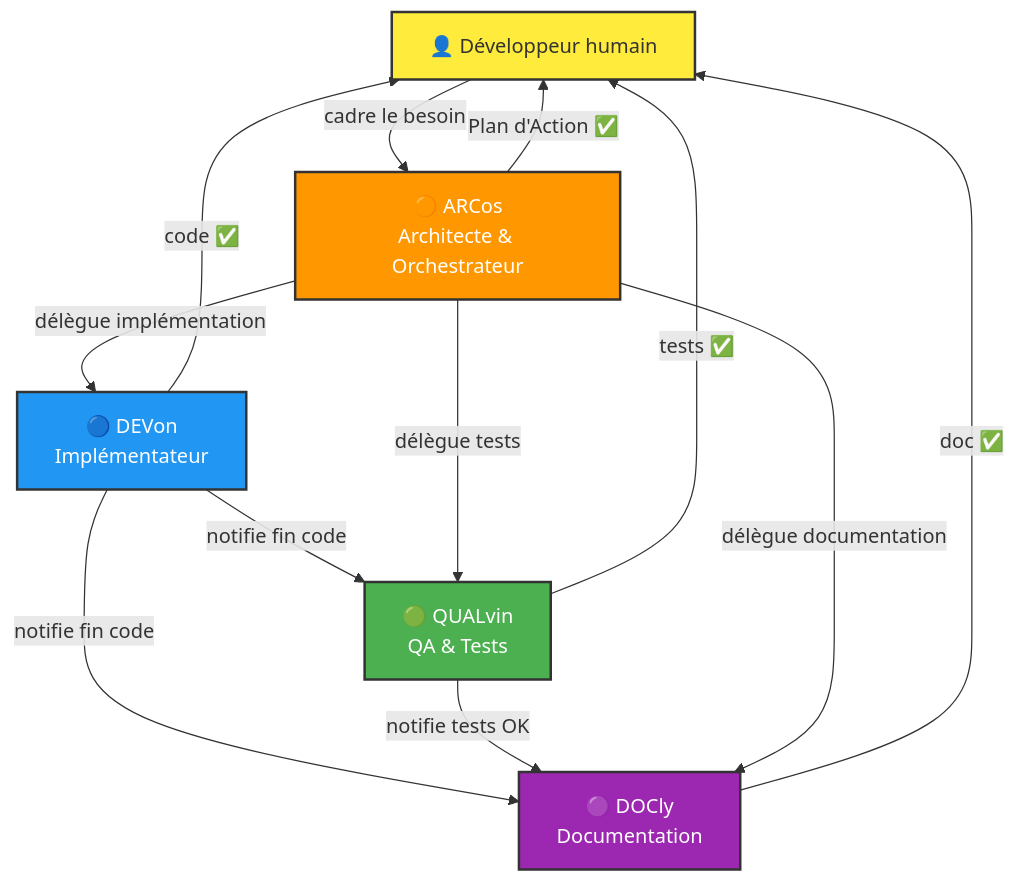
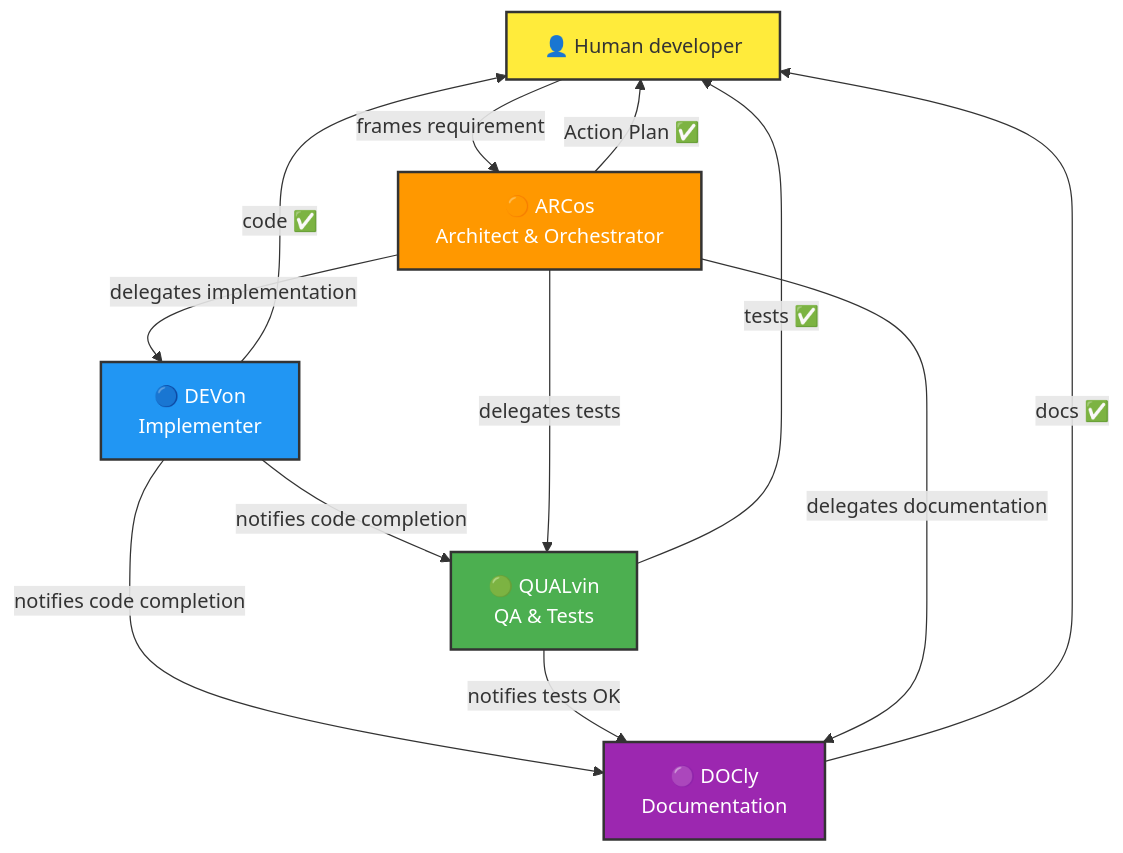
The diagram in README.md (vzwingma/vzwingma), drawn with Mermaid before and after one commit. The commit also changed other lines of this file and 27 other files, not shown here.

First line of the commit message:
chore: update setup checklist and architecture documentation for clarity and consistency

````diff
--- a/README.md
+++ b/README.md
@@ -72,30 +72,30 @@
 ```mermaid
 graph TD
-    Human["👤 Développeur humain"]
-    Arch["🟠 ARCos\nArchitecte & Orchestrateur"]
-    Dev["🔵 DEVon\nImplémentateur"]
+    Human["👤 Human developer"]
+    Arch["🟠 ARCos\nArchitect & Orchestrator"]
+    Dev["🔵 DEVon\nImplementer"]
     QA["🟢 QUALvin\nQA & Tests"]
     Doc["🟣 DOCly\nDocumentation"]
 
-    Human -->|"cadre le besoin"| Arch
-    Arch -->|"Plan d'Action ✅"| Human
+    Human -->|"frames requirement"| Arch
+    Arch -->|"Action Plan ✅"| Human
 
-    Arch -->|"délègue implémentation"| Dev
+    Arch -->|"delegates implementation"| Dev
     Dev -->|"code ✅"| Human
-    Dev -->|"notifie fin code"| QA
-    Dev -->|"notifie fin code"| Doc
+    Dev -->|"notifies code completion"| QA
+    Dev -->|"notifies code completion"| Doc
 
-    Arch -->|"délègue tests"| QA
+    Arch -->|"delegates tests"| QA
     QA -->|"tests ✅"| Human
-    QA -->|"notifie tests OK"| Doc
+    QA -->|"notifies tests OK"| Doc
 
-    Arch -->|"délègue documentation"| Doc
-    Doc -->|"doc ✅"| Human
+    Arch -->|"delegates documentation"| Doc
+    Doc -->|"docs ✅"| Human
 
 
     style Human fill:#ffeb3b,stroke:#333,stroke-width:2px
     style Arch fill:#FF9800,stroke:#333,stroke-width:2px,color:#fff
     style Dev fill:#2196F3,stroke:#333,stroke-width:2px,color:#fff
     style QA fill:#4CAF50,stroke:#333,stroke-width:2px,color:#fff
     style Doc fill:#9C27B0,stroke:#333,stroke-width:2px,color:#fff
 ```
````
